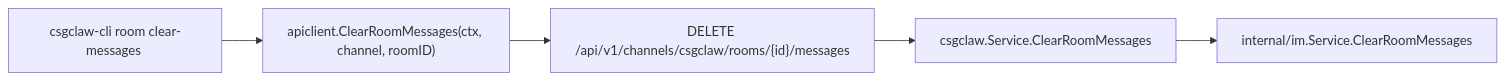
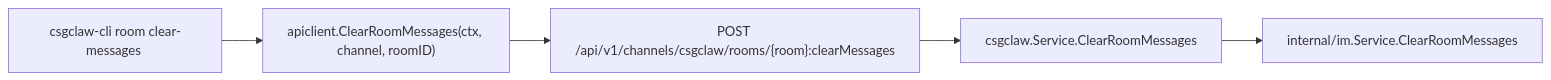
Before and after one commit to GatewayJ/csgclaw: the second of 2 diagrams in docs/issue-2219-im-chat-room-cleanup.zh.md, drawn with Mermaid. The commit also changed other lines of this file and 22 other files, not shown here.

Commit message:
feat(csgclaw): add clear im meaage tool

````diff
--- a/docs/issue-2219-im-chat-room-cleanup.zh.md
+++ b/docs/issue-2219-im-chat-room-cleanup.zh.md
@@ -321,7 +296,7 @@
 ```mermaid
 flowchart LR
   CLI["csgclaw-cli room clear-messages <room-id>"] --> Client["apiclient.ClearRoomMessages(ctx, channel, roomID)"]
-  Client --> API["DELETE /api/v1/channels/csgclaw/rooms/{id}/messages"]
+  Client --> API["POST /api/v1/channels/csgclaw/rooms/{room}:clearMessages"]
   API --> Channel["csgclaw.Service.ClearRoomMessages"]
   Channel --> IM["internal/im.Service.ClearRoomMessages"]
 ```
````
